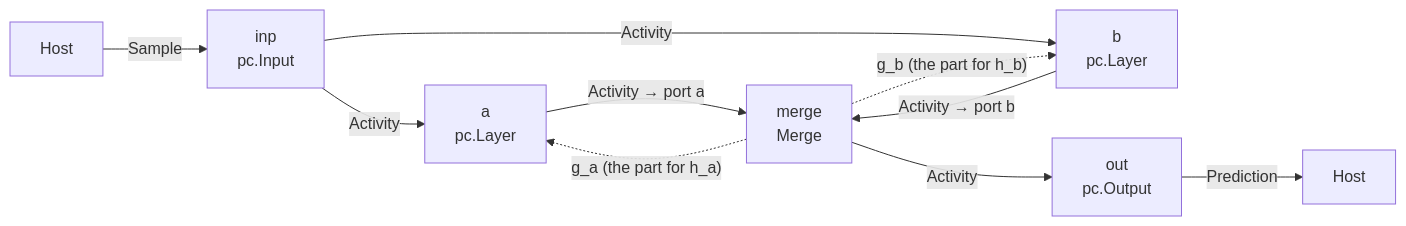
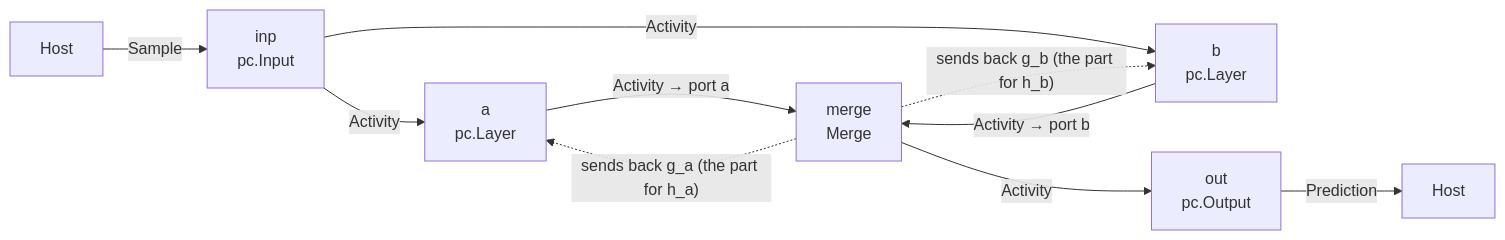
Before and after one commit to Geson-anko/mujou: the fourth of 4 diagrams in docs/en/topics/pc.md, drawn with Mermaid. The commit also changed other lines of this file and 49 other files, not shown here.

````diff
--- a/docs/en/topics/pc.md
+++ b/docs/en/topics/pc.md
@@ -653,12 +217,12 @@
 ```mermaid
 flowchart LR
     H1["Host"] -->|"Sample"| I["inp<br/>pc.Input"]
     I -->|"Activity"| A["a<br/>pc.Layer"]
     I -->|"Activity"| B["b<br/>pc.Layer"]
     A -->|"Activity → port a"| M["merge<br/>Merge"]
     B -->|"Activity → port b"| M
     M -->|"Activity"| O["out<br/>pc.Output"]
     O -->|"Prediction"| H2["Host"]
-    M -.->|"g_a (the part for h_a)"| A
-    M -.->|"g_b (the part for h_b)"| B
+    M -.->|"sends back g_a (the part for h_a)"| A
+    M -.->|"sends back g_b (the part for h_b)"| B
 ```
````
